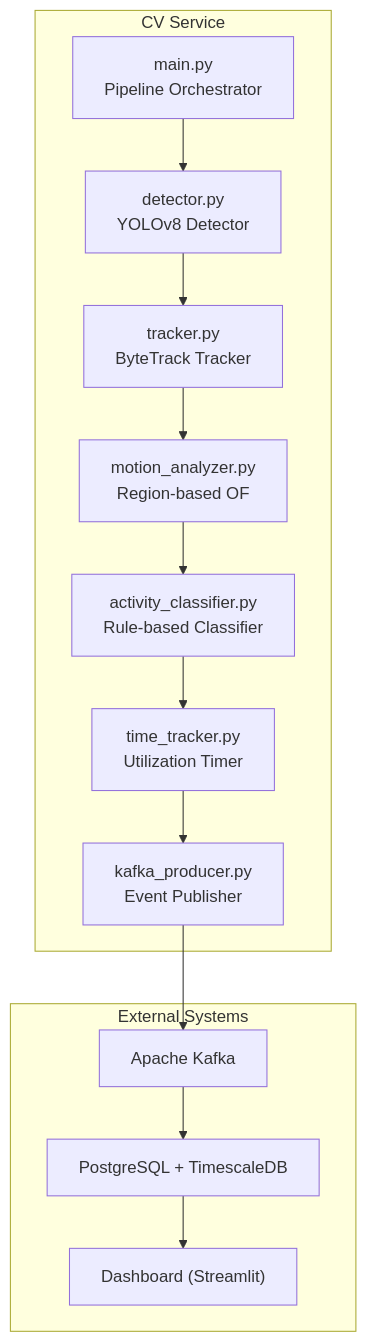
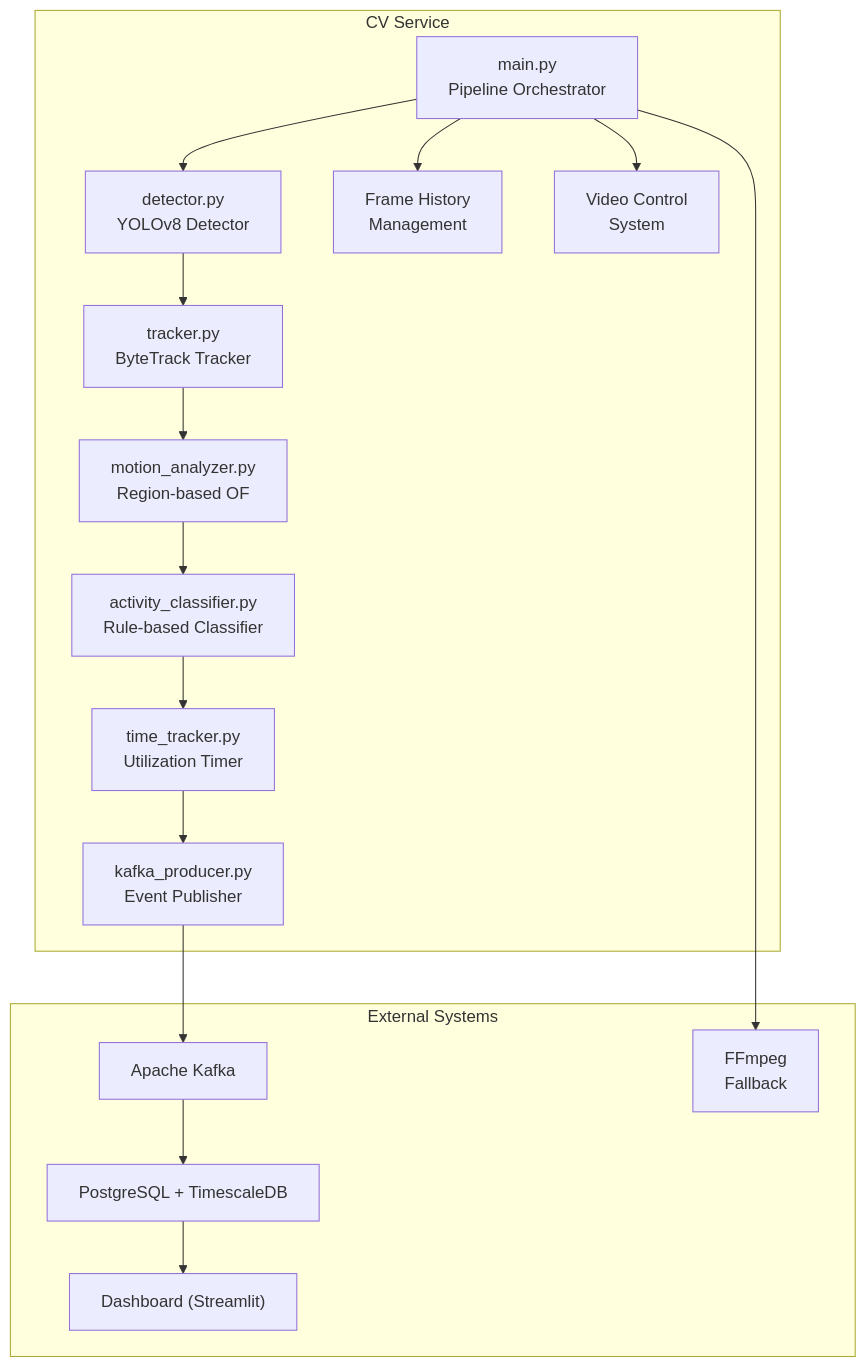
One commit to Azzoz-189/construction-equipment-monitoring changed the first of 6 diagrams in .qoder/repowiki/en/content/Computer Vision Pipeline/Computer Vision Pipeline.md. Above: the diagram before and after it, drawn with Mermaid. The commit also changed other lines of this file and 6 other files, not shown here.

````diff
--- a/.qoder/repowiki/en/content/Computer Vision Pipeline/Computer Vision Pipeline.md
+++ b/.qoder/repowiki/en/content/Computer Vision Pipeline/Computer Vision Pipeline.md
@@ -40,20 +54,26 @@
 ```mermaid
 graph TB
 subgraph "CV Service"
 M["main.py<br/>Pipeline Orchestrator"]
 D["detector.py<br/>YOLOv8 Detector"]
 T["tracker.py<br/>ByteTrack Tracker"]
 MA["motion_analyzer.py<br/>Region-based OF"]
 AC["activity_classifier.py<br/>Rule-based Classifier"]
 TT["time_tracker.py<br/>Utilization Timer"]
 KP["kafka_producer.py<br/>Event Publisher"]
+FH["Frame History<br/>Management"]
+VC["Video Control<br/>System"]
 end
 subgraph "External Systems"
 K["Apache Kafka"]
 P["PostgreSQL + TimescaleDB"]
 DB["Dashboard (Streamlit)"]
+FF["FFmpeg<br/>Fallback"]
 end
 M --> D --> T --> MA --> AC --> TT --> KP --> K
+M --> FH
+M --> VC
+M --> FF
 K --> P
 P --> DB
 ```
````
